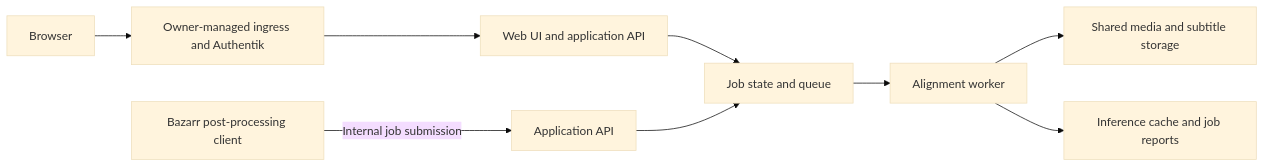
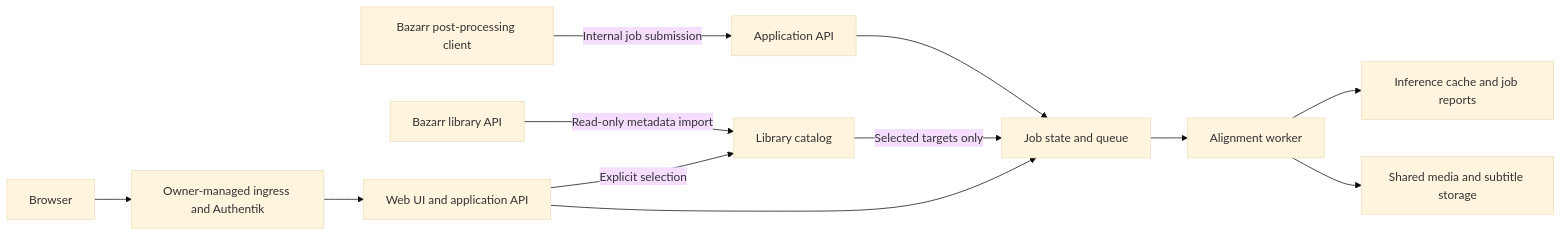
The diagram in SPEC.md (burakemirsezen/bazarr-better-sync), drawn with Mermaid (base theme) before and after one commit. The commit also changed other lines of this file and 30 other files, not shown here.

````diff
--- a/SPEC.md
+++ b/SPEC.md
@@ -88,11 +117,14 @@
 ```mermaid
 flowchart LR
     B[Bazarr post-processing client] -->|Internal job submission| A[Application API]
+    D[Bazarr library API] -->|Read-only metadata import| L[Library catalog]
     U[Browser] --> I[Owner-managed ingress and Authentik]
     I --> W[Web UI and application API]
     W --> J[Job state and queue]
+    W -->|Explicit selection| L
+    L -->|Selected targets only| J
     A --> J
     J --> P[Alignment worker]
     P --> M[Shared media and subtitle storage]
     P --> C[Inference cache and job reports]
 ```
````
